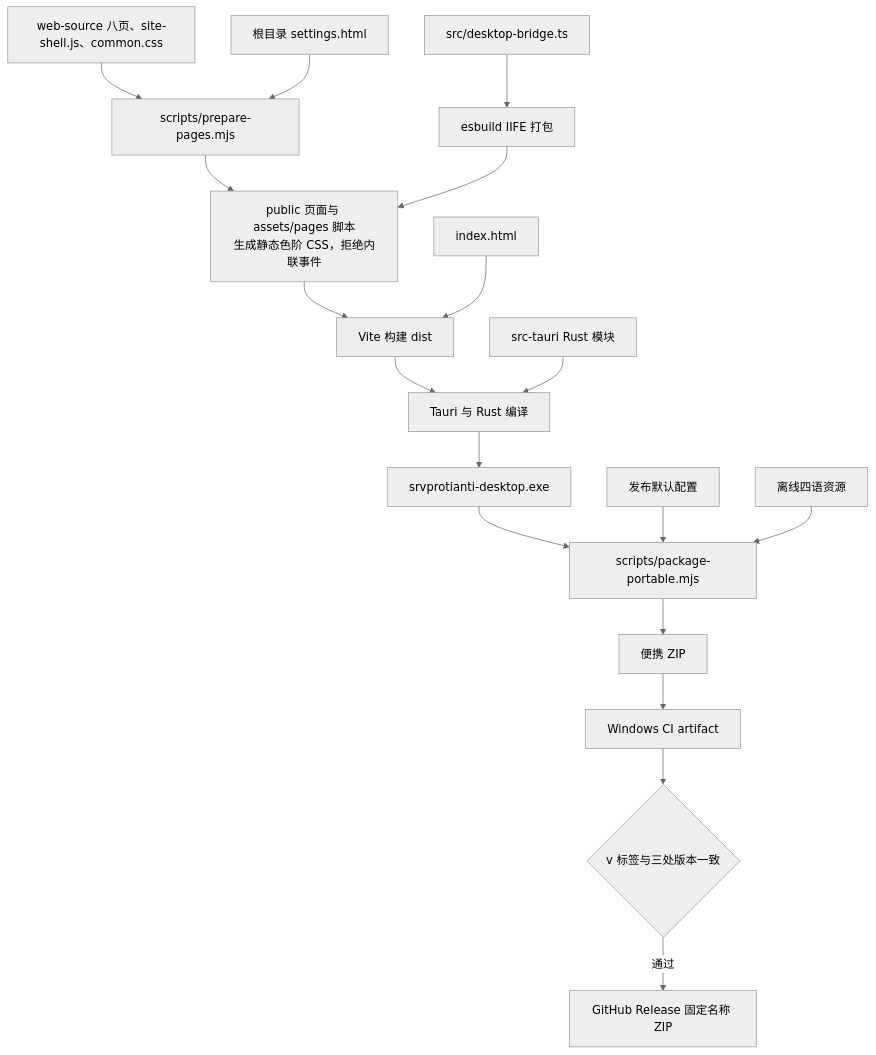
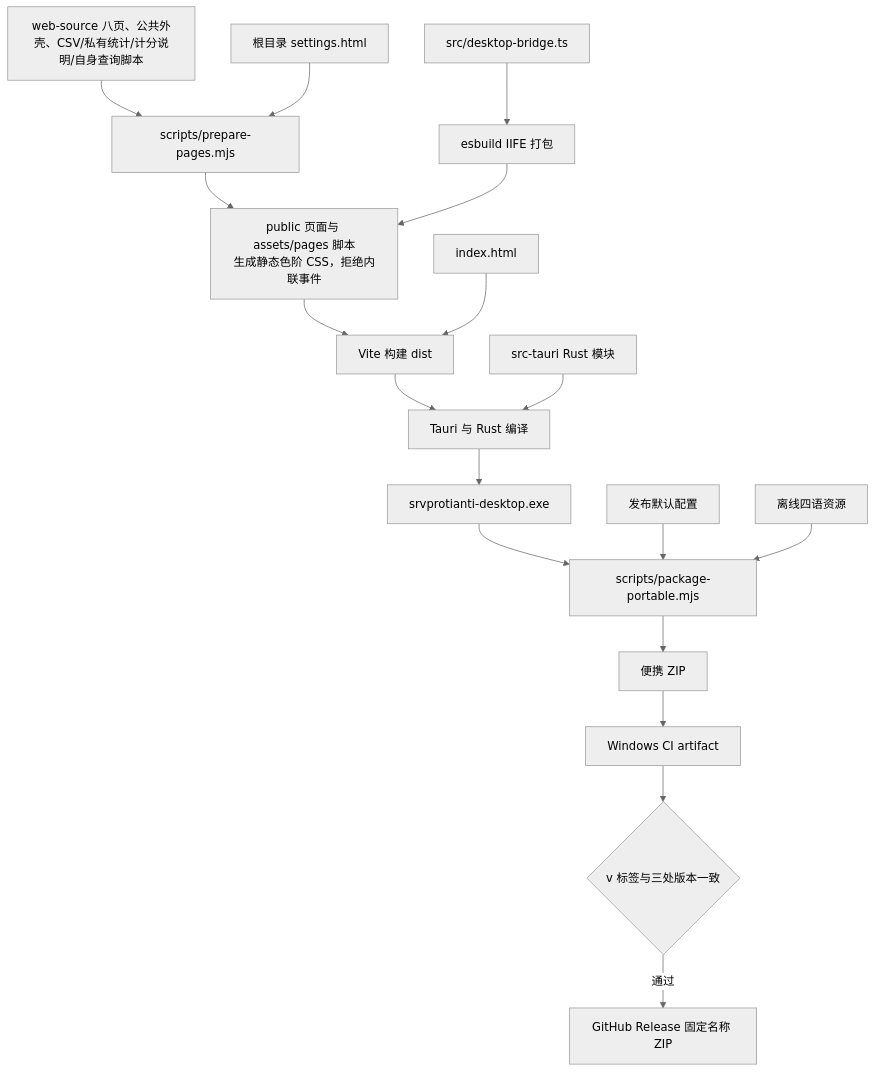
Before and after one commit to 301zrg/srvprotianti-desktop: the eighth of 8 diagrams in docs/ARCHITECTURE.md, drawn with Mermaid (neutral theme). The commit also changed other lines of this file and 5 other files, not shown here.

````diff
--- a/docs/ARCHITECTURE.md
+++ b/docs/ARCHITECTURE.md
@@ -266,20 +272,20 @@
 ```mermaid
 flowchart TB
-    WebSource["web-source 八页、site-shell.js、common.css"] --> Prepare[scripts/prepare-pages.mjs]
+    WebSource["web-source 八页、公共外壳、CSV/私有统计/计分说明/自身查询脚本"] --> Prepare[scripts/prepare-pages.mjs]
     Settings[根目录 settings.html] --> Prepare
     Prepare --> Public["public 页面与 assets/pages 脚本<br/>生成静态色阶 CSS，拒绝内联事件"]
     Bridge[src/desktop-bridge.ts] --> Esbuild[esbuild IIFE 打包]
     Esbuild --> Public
     Public --> Vite[Vite 构建 dist]
     RootIndex[index.html] --> Vite
     Vite --> Tauri[Tauri 与 Rust 编译]
     Rust[src-tauri Rust 模块] --> Tauri
     Tauri --> Exe[srvprotianti-desktop.exe]
     Exe --> Portable[scripts/package-portable.mjs]
     Default[发布默认配置] --> Portable
     Resources[离线四语资源] --> Portable
     Portable --> Zip[便携 ZIP]
     Zip --> Artifact[Windows CI artifact]
     Artifact --> Tag{v 标签与三处版本一致}
     Tag -->|通过| Release[GitHub Release 固定名称 ZIP]
 ```
````
